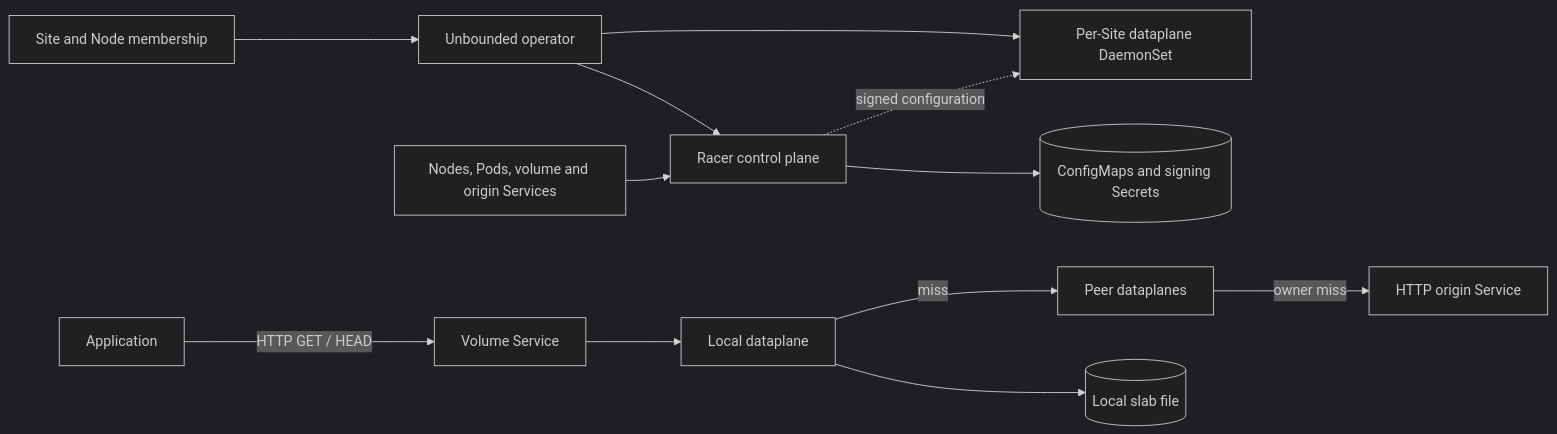
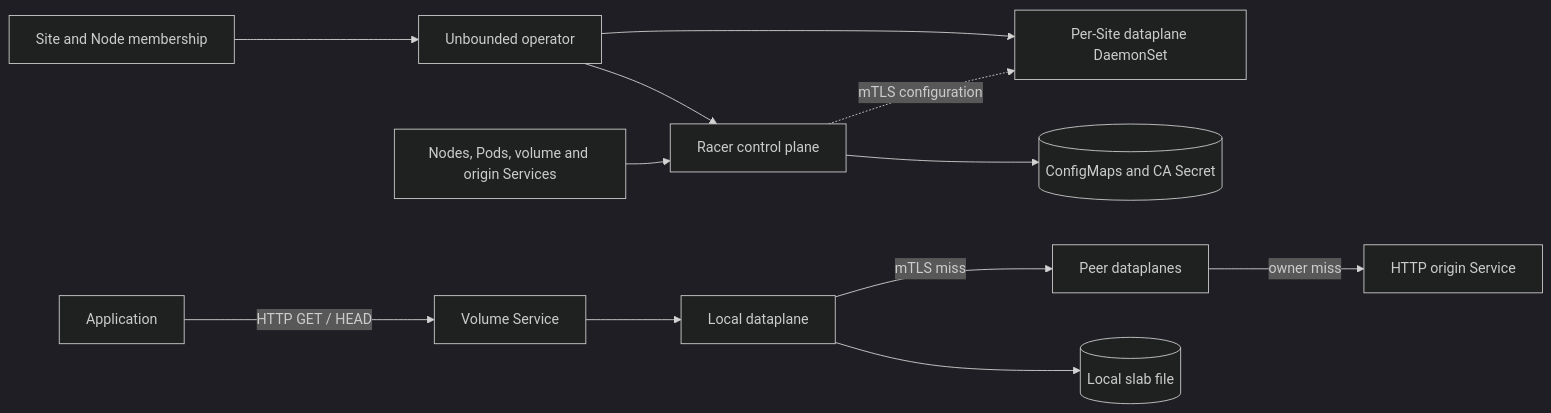
Before and after one commit to Azure/unbounded: the diagram in designs/racer-high-level.md, drawn with Mermaid (dark theme). The commit also changed other lines of this file and 4 other files, not shown here.

````diff
--- a/designs/racer-high-level.md
+++ b/designs/racer-high-level.md
@@ -25,14 +26,14 @@
 ```mermaid
 flowchart LR
     Site[Site and Node membership] --> Operator[Unbounded operator]
     Operator --> CP[Racer control plane]
     Operator --> DP[Per-Site dataplane DaemonSet]
     Kube[Nodes, Pods, volume and origin Services] --> CP
-    CP --> State[(ConfigMaps and signing Secrets)]
-    CP -. signed configuration .-> DP
+    CP --> State[(ConfigMaps and CA Secret)]
+    CP -. mTLS configuration .-> DP
     App[Application] -->|HTTP GET / HEAD| Service[Volume Service]
     Service --> Local[Local dataplane]
-    Local -->|miss| Peer[Peer dataplanes]
+    Local -->|mTLS miss| Peer[Peer dataplanes]
     Peer -->|owner miss| Origin[HTTP origin Service]
     Local --> Slab[(Local slab file)]
 ```
````
